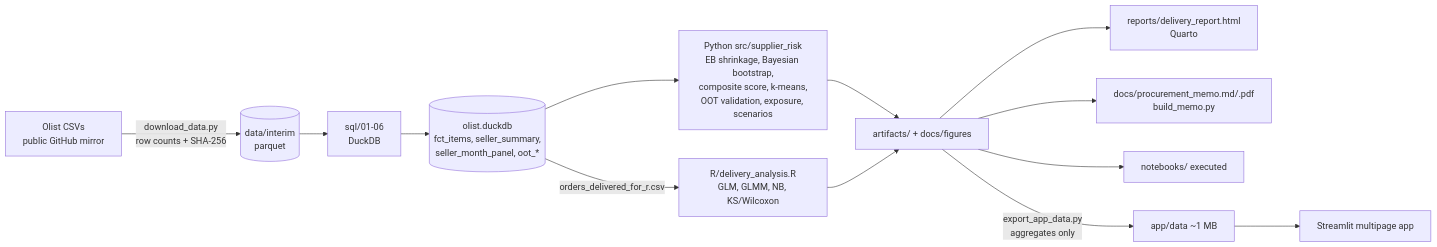
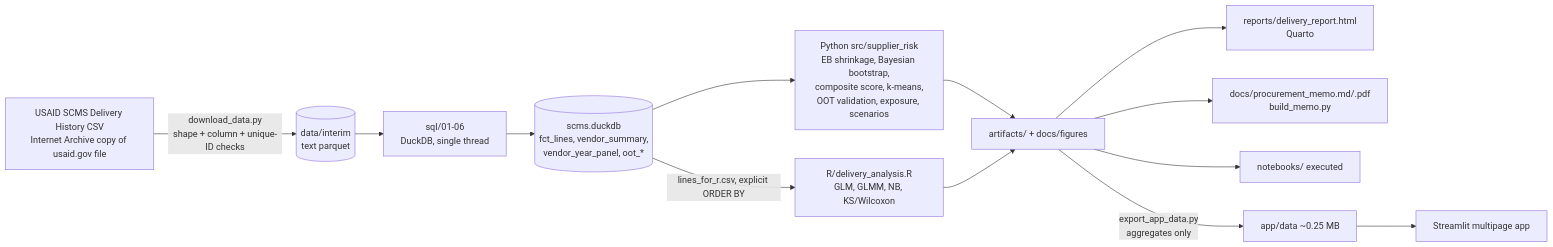
One commit to Abhi237/supplier-risk-scoring changed the diagram in docs/architecture.md. Above: the diagram before and after it, drawn with Mermaid. The commit also changed other lines of this file and 10 other files, not shown here.

Commit message:
docs: README, memo PDF, data dictionary, data model, architecture, executed notebooks (generated from pipeline outputs)

````diff
--- a/docs/architecture.md
+++ b/docs/architecture.md
@@ -3,15 +3,15 @@
 ```mermaid
 flowchart LR
-    A[Olist CSVs<br/>public GitHub mirror] -->|download_data.py<br/>row counts + SHA-256| B[(data/interim<br/>parquet)]
-    B --> C[sql/01-06<br/>DuckDB]
-    C --> D[(olist.duckdb<br/>fct_items, seller_summary,<br/>seller_month_panel, oot_*)]
+    A[USAID SCMS Delivery History CSV<br/>Internet Archive copy of usaid.gov file] -->|download_data.py<br/>shape + column + unique-ID checks| B[(data/interim<br/>text parquet)]
+    B --> C[sql/01-06<br/>DuckDB, single thread]
+    C --> D[(scms.duckdb<br/>fct_lines, vendor_summary,<br/>vendor_year_panel, oot_*)]
     D --> E[Python src/supplier_risk<br/>EB shrinkage, Bayesian bootstrap,<br/>composite score, k-means,<br/>OOT validation, exposure, scenarios]
-    D -->|orders_delivered_for_r.csv| F[R/delivery_analysis.R<br/>GLM, GLMM, NB, KS/Wilcoxon]
+    D -->|lines_for_r.csv, explicit ORDER BY| F[R/delivery_analysis.R<br/>GLM, GLMM, NB, KS/Wilcoxon]
     E --> G[artifacts/ + docs/figures]
     F --> G
     G --> H[reports/delivery_report.html<br/>Quarto]
     G --> I[docs/procurement_memo.md/.pdf<br/>build_memo.py]
     G --> J[notebooks/ executed]
-    G -->|export_app_data.py<br/>aggregates only| K[app/data ~1 MB]
+    G -->|export_app_data.py<br/>aggregates only| K[app/data ~0.25 MB]
     K --> L[Streamlit multipage app]
 ```
````
